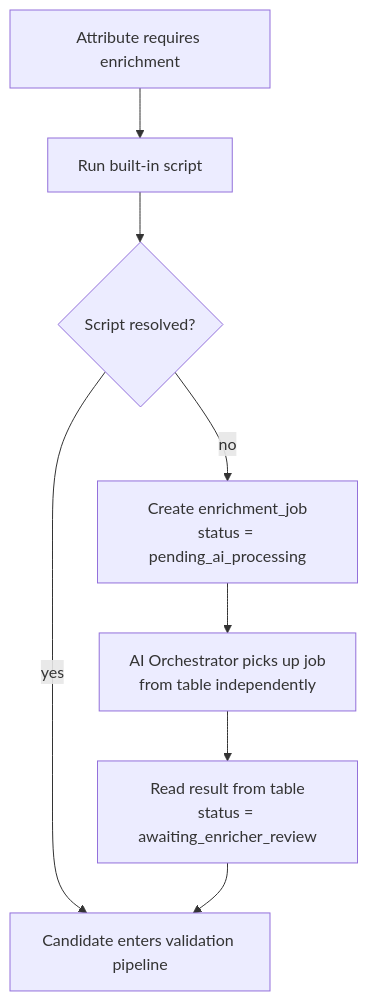
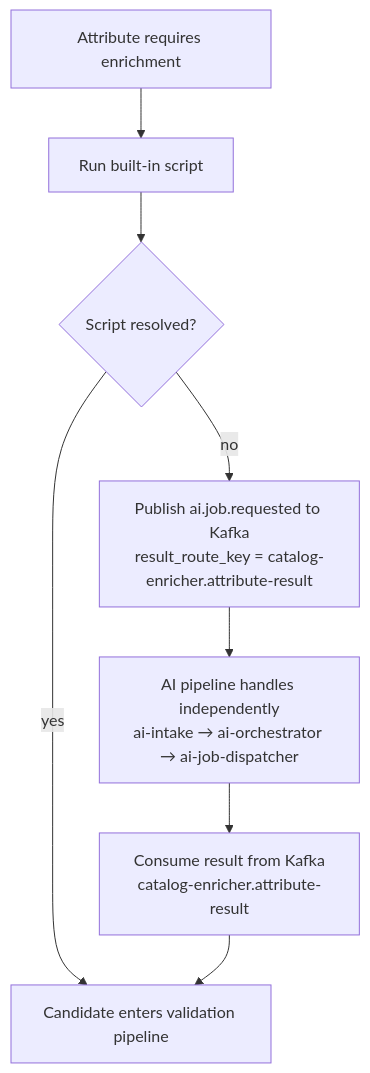
The sixth of 12 diagrams in monstrino-docs/docs/pipelines/data-ingestion/catalog-ingest/03-catalog-data-enricher.md (MafiaCoconut/Monstrino), drawn with Mermaid before and after one commit. The commit also changed other lines of this file and 68 other files, not shown here.

````diff
--- a/monstrino-docs/docs/pipelines/data-ingestion/catalog-ingest/03-catalog-data-enricher.md
+++ b/monstrino-docs/docs/pipelines/data-ingestion/catalog-ingest/03-catalog-data-enricher.md
@@ -284,13 +283,13 @@
 ```mermaid
 flowchart TD
 
 A[Attribute requires enrichment] --> B[Run built-in script]
 
 B --> C{Script resolved?}
 
 C -->|yes| D[Candidate enters validation pipeline]
-C -->|no| E[Create enrichment_job<br/>status = pending_ai_processing]
-E --> F[AI Orchestrator picks up job<br/>from table independently]
-F --> G[Read result from table<br/>status = awaiting_enricher_review]
+C -->|no| E[Publish ai.job.requested to Kafka<br/>result_route_key = catalog-enricher.attribute-result]
+E --> F[AI pipeline handles independently<br/>ai-intake → ai-orchestrator → ai-job-dispatcher]
+F --> G[Consume result from Kafka<br/>catalog-enricher.attribute-result]
 G --> D
 ```
````
